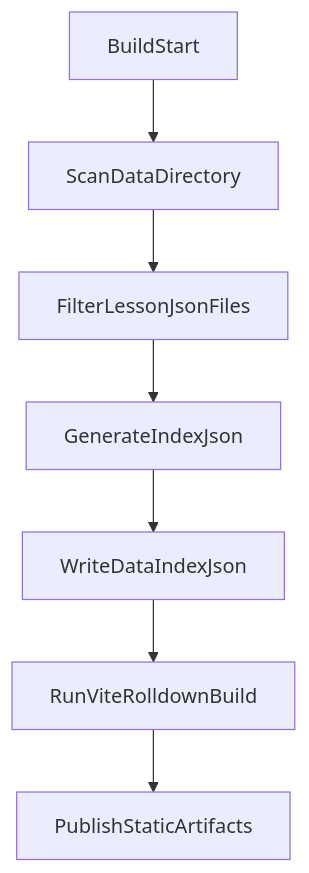
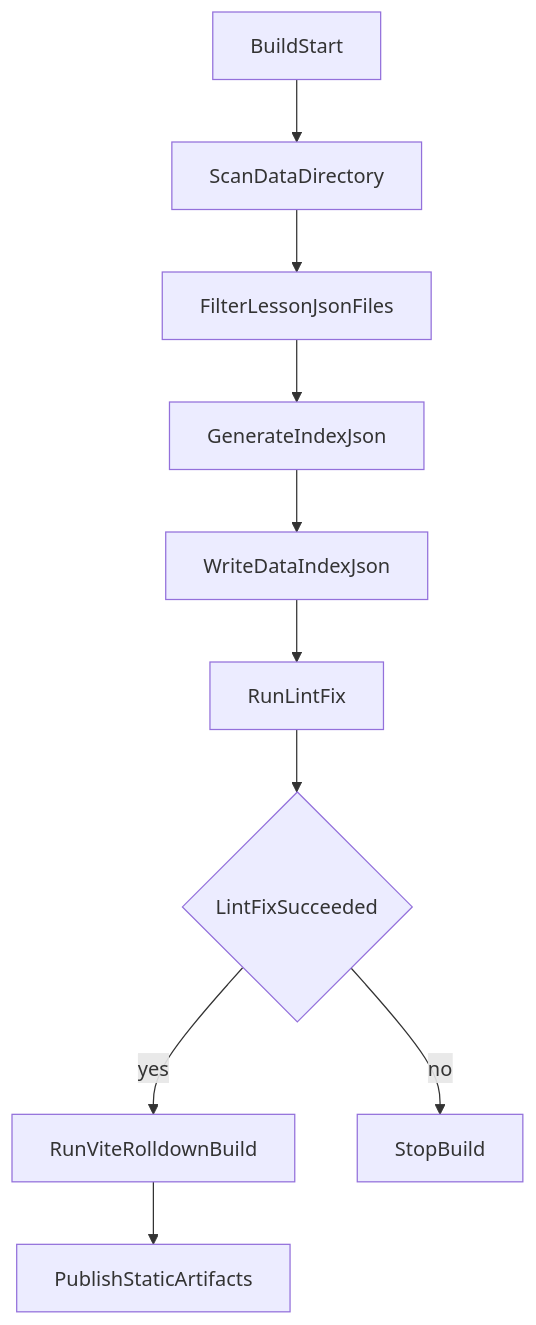
Before and after one commit to kamiyn/italyshadowing: the fourth of 4 diagrams in Architecture.md, drawn with Mermaid. The commit also changed other lines of this file and 1 other file, not shown here.

First line of the commit message:
- package.json に npm コマンドの実装   - npx lint : eslint による lint   - npx lint-fix : eslint による lint と フォーマット の実施   - eslint のルールは nuxt4 の標準を採用する (nuxt4 アプリケーションではないが 規約として援用) - ビルドプロセス内で data/index.json 生成とともに lint-fix を実施する

````diff
--- a/Architecture.md
+++ b/Architecture.md
@@ -156,9 +157,12 @@
 ```mermaid
 flowchart TD
     buildStart[BuildStart] --> scanDataDir[ScanDataDirectory]
     scanDataDir --> filterJson[FilterLessonJsonFiles]
     filterJson --> generateIndex[GenerateIndexJson]
     generateIndex --> writeIndex[WriteDataIndexJson]
-    writeIndex --> runViteBuild[RunViteRolldownBuild]
+    writeIndex --> runLintFix[RunLintFix]
+    runLintFix --> lintFixOk{LintFixSucceeded}
+    lintFixOk -->|yes| runViteBuild[RunViteRolldownBuild]
+    lintFixOk -->|no| stopBuild[StopBuild]
     runViteBuild --> publishArtifacts[PublishStaticArtifacts]
 ```
````
